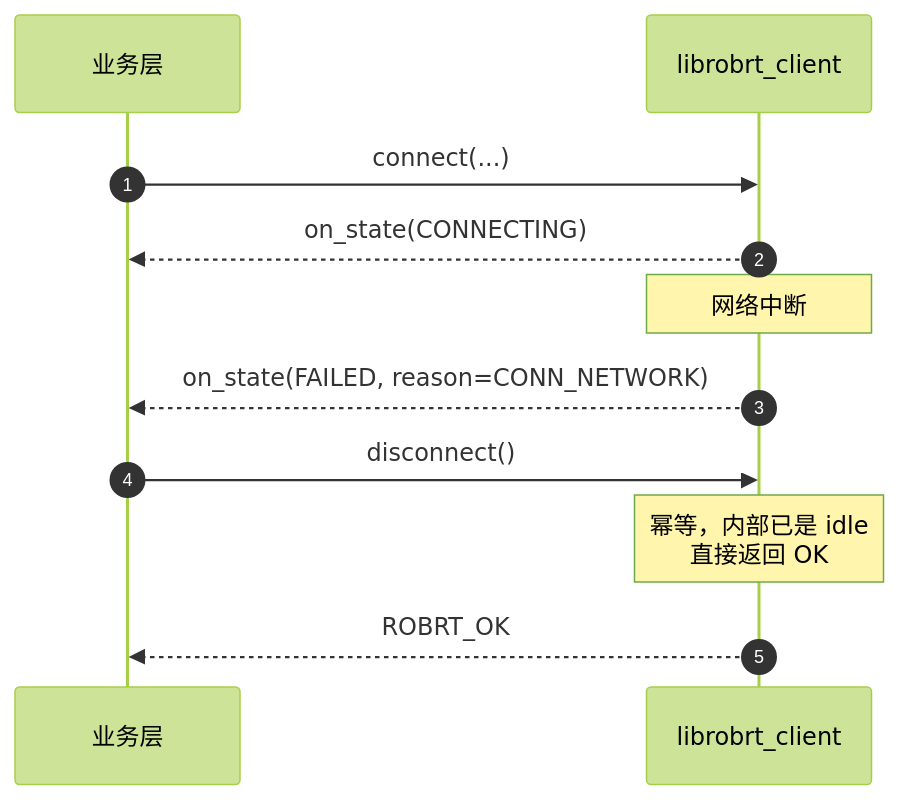
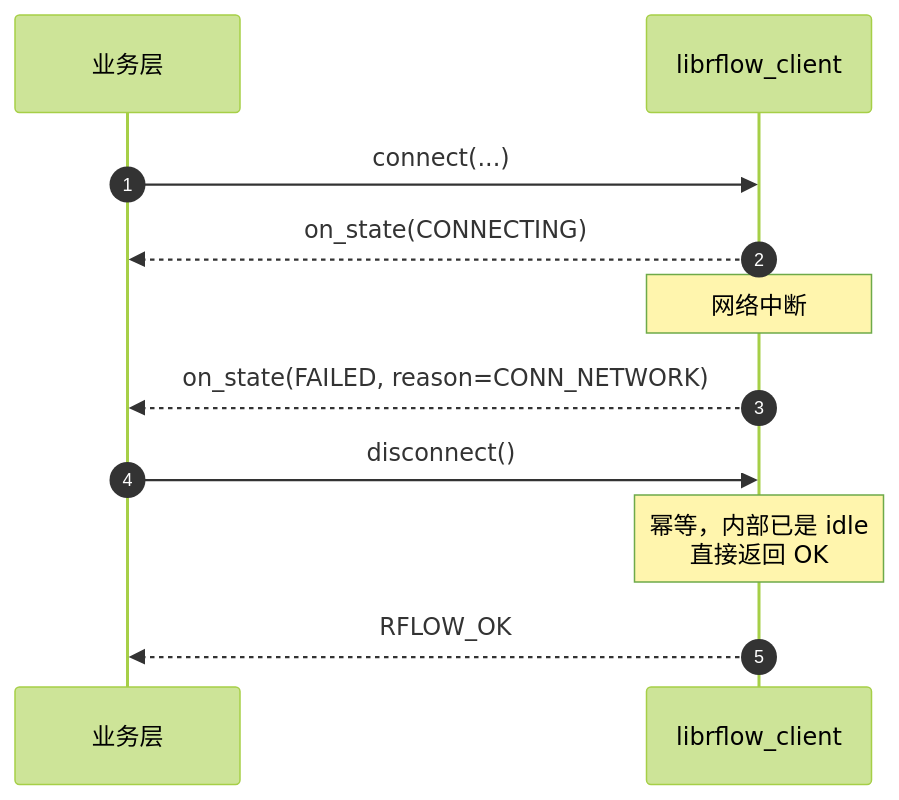
The eighth of 11 diagrams in docs/client_api_design.md (honeyyaya/libRoboFlow), drawn with Mermaid (forest theme) before and after one commit. The commit also changed other lines of this file and 113 other files, not shown here.

````diff
--- a/docs/client_api_design.md
+++ b/docs/client_api_design.md
@@ -234,14 +234,14 @@
 ```mermaid
 sequenceDiagram
     autonumber
     participant APP as 业务层
-    participant SDK as librobrt_client
+    participant SDK as librflow_client
 
     APP->>SDK: connect(...)
     SDK-->>APP: on_state(CONNECTING)
     Note over SDK: 网络中断
     SDK-->>APP: on_state(FAILED, reason=CONN_NETWORK)
     APP->>SDK: disconnect()
     Note over SDK: 幂等，内部已是 idle<br/>直接返回 OK
-    SDK-->>APP: ROBRT_OK
+    SDK-->>APP: RFLOW_OK
 ```
````
